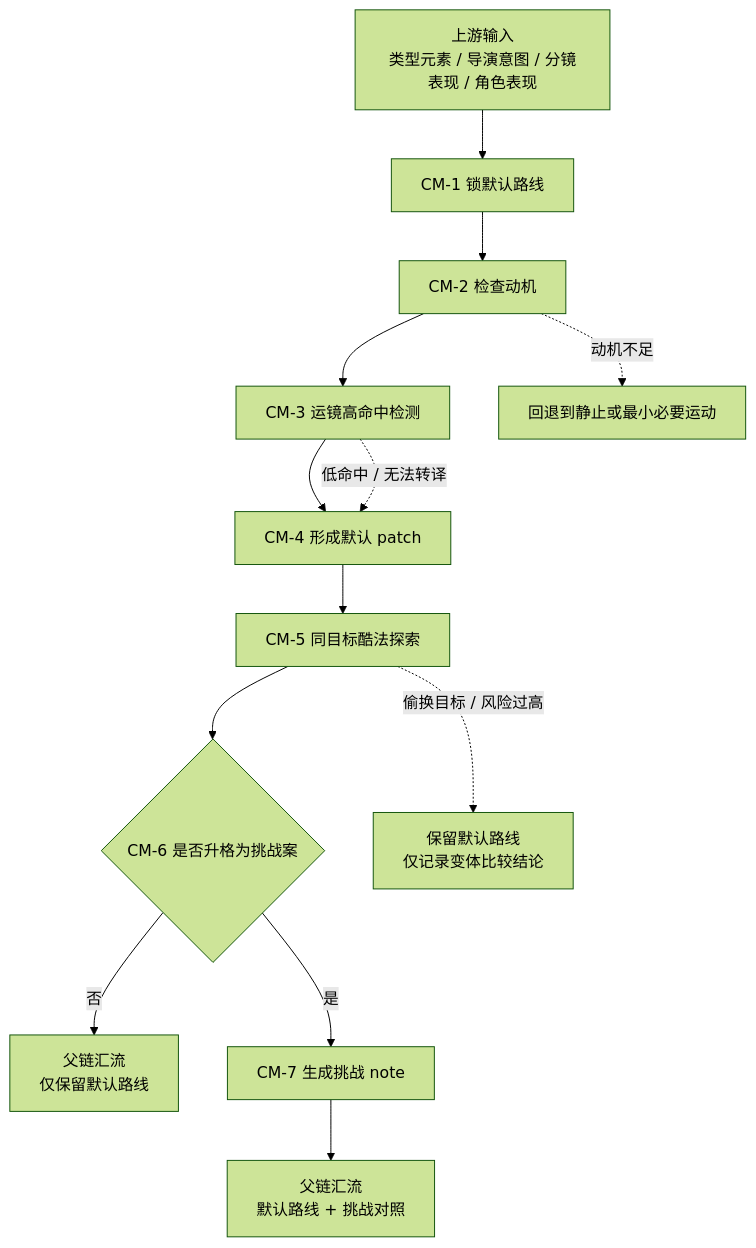
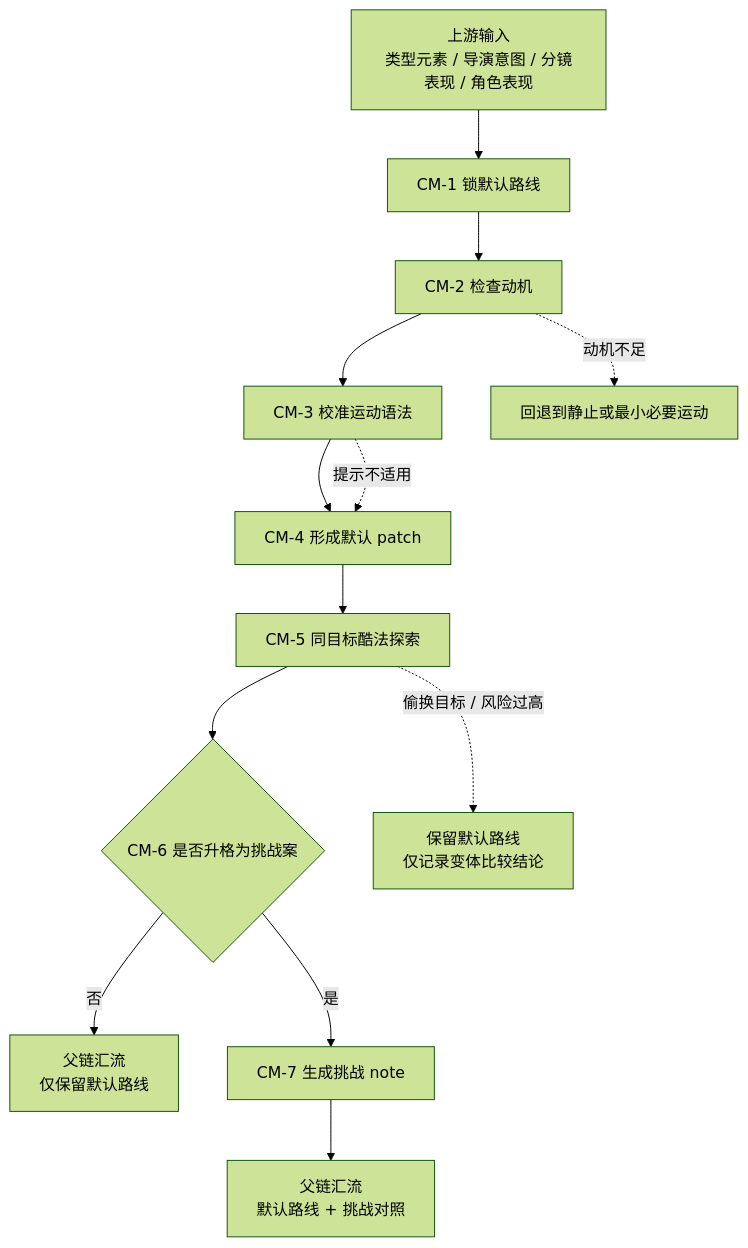
The diagram in .agents/skills/aigc/3-Detail/references/运镜手法.md (ZEN-VOID/AI-CUT), drawn with Mermaid (forest theme) before and after one commit. The commit also changed other lines of this file and 25 other files, not shown here.

````diff
--- a/.agents/skills/aigc/3-Detail/references/运镜手法.md
+++ b/.agents/skills/aigc/3-Detail/references/运镜手法.md
@@ -63,15 +56,15 @@
 ```mermaid
 flowchart TD
     U["上游输入<br/>类型元素 / 导演意图 / 分镜表现 / 角色表现"] --> CM1["CM-1 锁默认路线"]
     CM1 --> CM2["CM-2 检查动机"]
-    CM2 --> CM3["CM-3 运镜高命中检测"]
+    CM2 --> CM3["CM-3 校准运动语法"]
     CM3 --> CM4["CM-4 形成默认 patch"]
     CM4 --> CM5["CM-5 同目标酷法探索"]
     CM5 --> CM6{"CM-6 是否升格为挑战案"}
     CM6 -- "否" --> OUT1["父链汇流<br/>仅保留默认路线"]
     CM6 -- "是" --> CM7["CM-7 生成挑战 note"]
     CM7 --> OUT2["父链汇流<br/>默认路线 + 挑战对照"]
     CM2 -. "动机不足" .-> SAFE["回退到静止或最小必要运动"]
-    CM3 -. "低命中 / 无法转译" .-> CM4
+    CM3 -. "提示不适用" .-> CM4
     CM5 -. "偷换目标 / 风险过高" .-> SAFE2["保留默认路线<br/>仅记录变体比较结论"]
 ```
````
